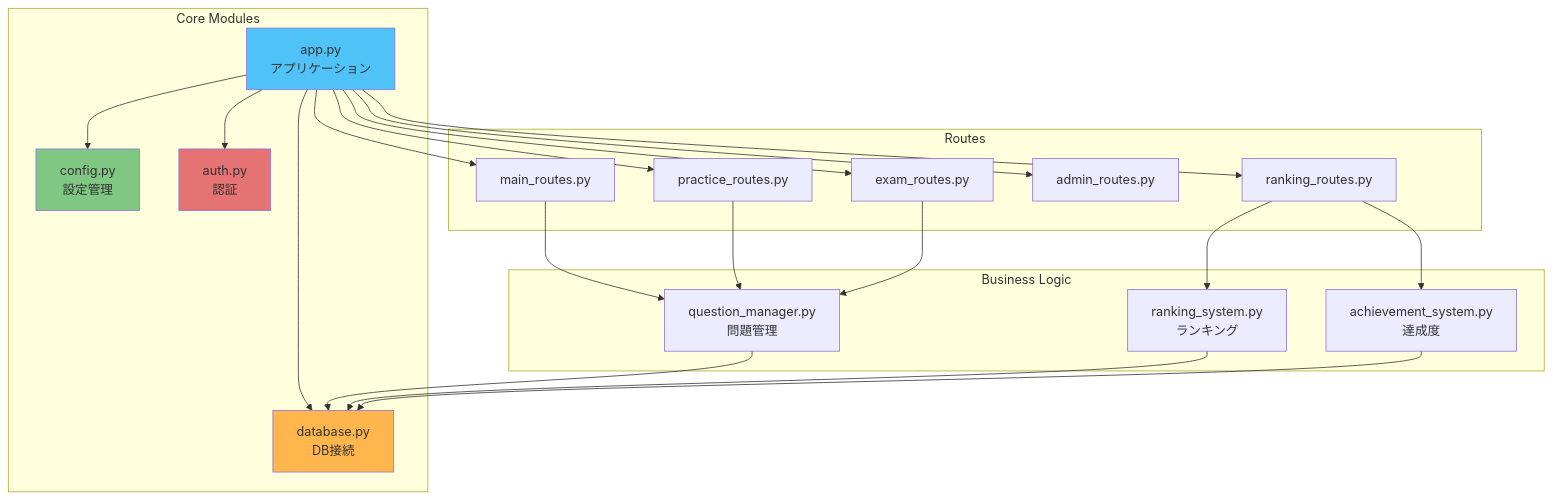
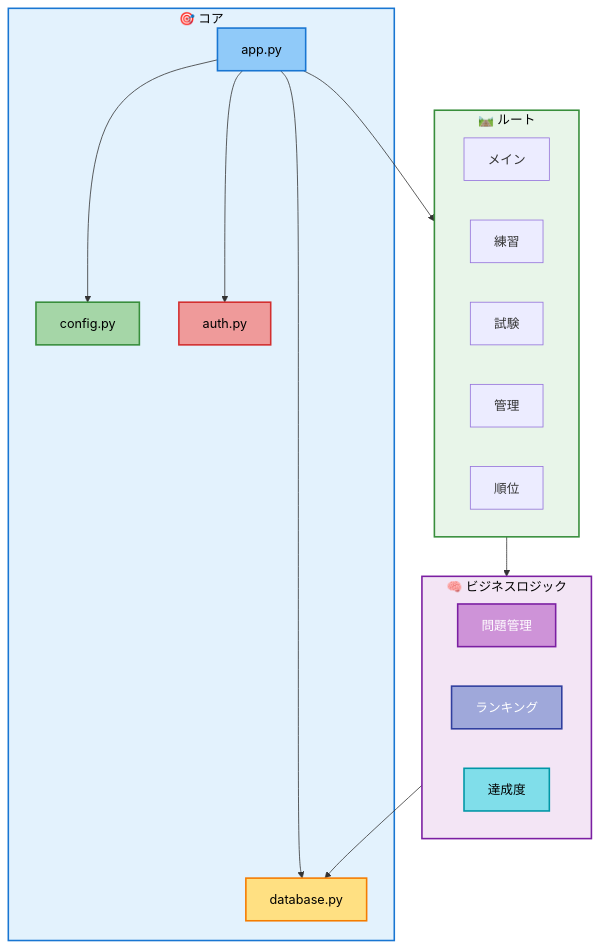
Before and after one commit to d01ki/FE-master: the seventh of 8 diagrams in docs/diagrams.md, drawn with Mermaid. The commit also changed other lines of this file, not shown here.

Commit message:
docs: Improve diagram readability with better text colors

````diff
--- a/docs/diagrams.md
+++ b/docs/diagrams.md
@@ -307,47 +239,42 @@
 ```mermaid
-graph TB
-    subgraph "Core Modules"
-        App["app.py<br/>アプリケーション"] 
-        Config["config.py<br/>設定管理"]
-        DB["database.py<br/>DB接続"]
-        Auth["auth.py<br/>認証"]
+flowchart TB
+    subgraph Core["🎯 コア"]
+        App["app.py"]
+        Config["config.py"]
+        DB["database.py"]
+        Auth["auth.py"]
     end
-
-    subgraph "Business Logic"
-        QM["question_manager.py<br/>問題管理"]
-        RS["ranking_system.py<br/>ランキング"]
-        AS["achievement_system.py<br/>達成度"]
+    
+    subgraph Logic["🧠 ビジネスロジック"]
+        QM["問題管理"]
+        RS["ランキング"]
+        AS["達成度"]
     end
-
-    subgraph "Routes"
-        Main["main_routes.py"]
-        Practice["practice_routes.py"]
-        Exam["exam_routes.py"]
-        Admin["admin_routes.py"]
-        Ranking["ranking_routes.py"]
+    
+    subgraph Routes["🛤️ ルート"]
+        Main["メイン"]
+        Practice["練習"]
+        Exam["試験"]
+        Admin["管理"]
+        Ranking["順位"]
     end
-
+    
     App --> Config
     App --> DB
     App --> Auth
-    App --> Main
-    App --> Practice
-    App --> Exam
-    App --> Admin
-    App --> Ranking
+    App --> Routes
     
-    Main --> QM
-    Practice --> QM
-    Exam --> QM
-    Ranking --> RS
-    Ranking --> AS
-
-    QM --> DB
-    RS --> DB
-    AS --> DB
-
-    style App fill:#4fc3f7
-    style Config fill:#81c784
-    style DB fill:#ffb74d
-    style Auth fill:#e57373
+    Routes --> Logic
+    Logic --> DB
+    
+    style App fill:#90CAF9,stroke:#1976D2,stroke-width:2px,color:#000
+    style Config fill:#A5D6A7,stroke:#388E3C,stroke-width:2px,color:#000
+    style DB fill:#FFE082,stroke:#F57C00,stroke-width:2px,color:#000
+    style Auth fill:#EF9A9A,stroke:#D32F2F,stroke-width:2px,color:#000
+    style QM fill:#CE93D8,stroke:#7B1FA2,stroke-width:2px,color:#fff
+    style RS fill:#9FA8DA,stroke:#303F9F,stroke-width:2px,color:#fff
+    style AS fill:#80DEEA,stroke:#0097A7,stroke-width:2px,color:#000
+    style Core fill:#E3F2FD,stroke:#1976D2,stroke-width:2px,color:#000
+    style Logic fill:#F3E5F5,stroke:#7B1FA2,stroke-width:2px,color:#000
+    style Routes fill:#E8F5E9,stroke:#388E3C,stroke-width:2px,color:#000
 ```
````
